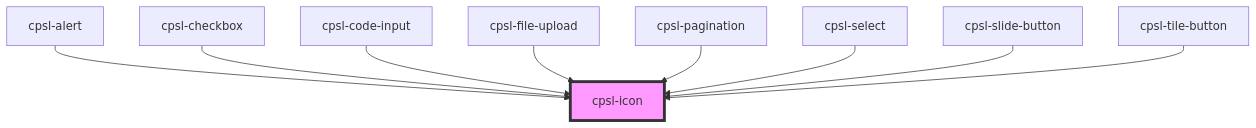
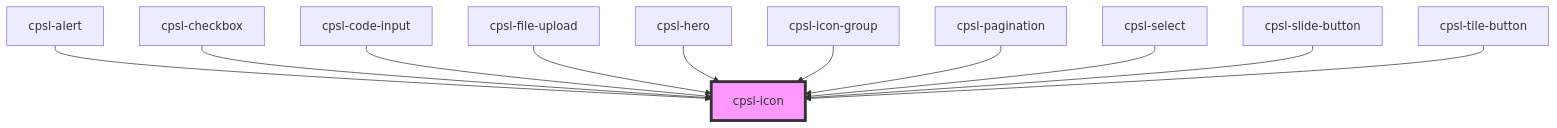
Before and after one commit to getpara/examples-hub: the diagram in packages/core-components/src/components/cpsl-icon/readme.md, drawn with Mermaid. The commit also changed other lines of this file and 298 other files, not shown here.

````diff
--- a/packages/core-components/src/components/cpsl-icon/readme.md
+++ b/packages/core-components/src/components/cpsl-icon/readme.md
@@ -35,12 +37,14 @@
 ```mermaid
 graph TD;
   cpsl-alert --> cpsl-icon
   cpsl-checkbox --> cpsl-icon
   cpsl-code-input --> cpsl-icon
   cpsl-file-upload --> cpsl-icon
+  cpsl-hero --> cpsl-icon
+  cpsl-icon-group --> cpsl-icon
   cpsl-pagination --> cpsl-icon
   cpsl-select --> cpsl-icon
   cpsl-slide-button --> cpsl-icon
   cpsl-tile-button --> cpsl-icon
   style cpsl-icon fill:#f9f,stroke:#333,stroke-width:4px
 ```
````
